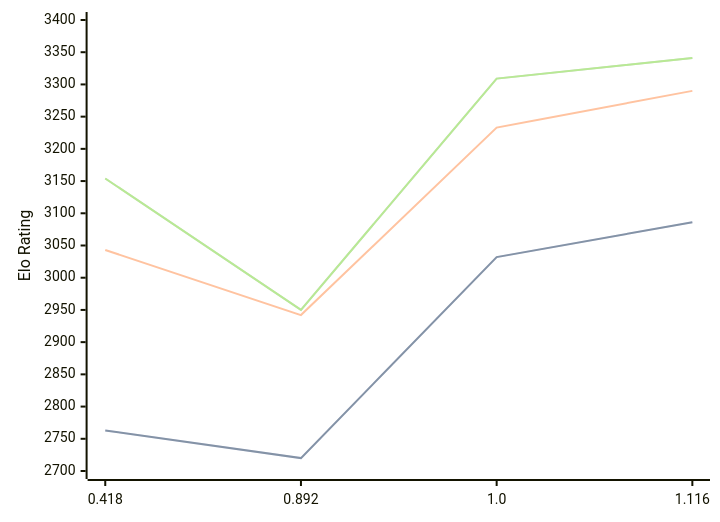
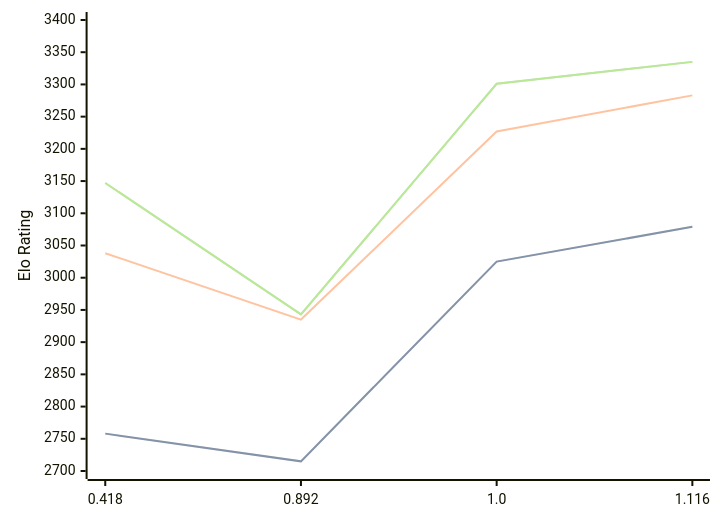
One commit to computer-chess-index/cci changed the diagram in engines/Malika.md. Above: the diagram before and after it, drawn with Mermaid. The commit also changed other lines of this file, not shown here.

Commit message:
Update CCI Ratings (ELO VLTC) - 2026-05-18

````diff
--- a/engines/Malika.md
+++ b/engines/Malika.md
@@ -34,11 +34,11 @@
 ```mermaid
 %%{init: {"theme":"base","themeVariables":{"seriesColors:['#a3a3a3','#222221','#faa371']}}}%%
 xychart-beta
   x-axis ["0.418", "0.892", "1.0", "1.116"]
   y-axis "Elo Rating" 2700 --> 3400
-  line "STC (8.0+0.08s)" [2763, 2720, 3032, 3086]
-  line "STC (8.0+0.08s)" [2763, 2720, 3032, 3086]
-  line "LTC (60.0+0.60s)" [3043, 2942, 3233, 3290]
-  line "VLTC (2m24s+1.12s)" [3154, 2950, 3309, 3341]
-  line "VLTC (2m24s+1.12s)" [3154, 2950, 3309, 3341]
+  line "STC (8.0+0.08s)" [2758, 2715, 3025, 3079]
+  line "STC (8.0+0.08s)" [2758, 2715, 3025, 3079]
+  line "LTC (60.0+0.60s)" [3038, 2935, 3227, 3283]
+  line "VLTC (2m24s+1.12s)" [3147, 2943, 3301, 3335]
+  line "VLTC (2m24s+1.12s)" [3147, 2943, 3301, 3335]
 ```
````
